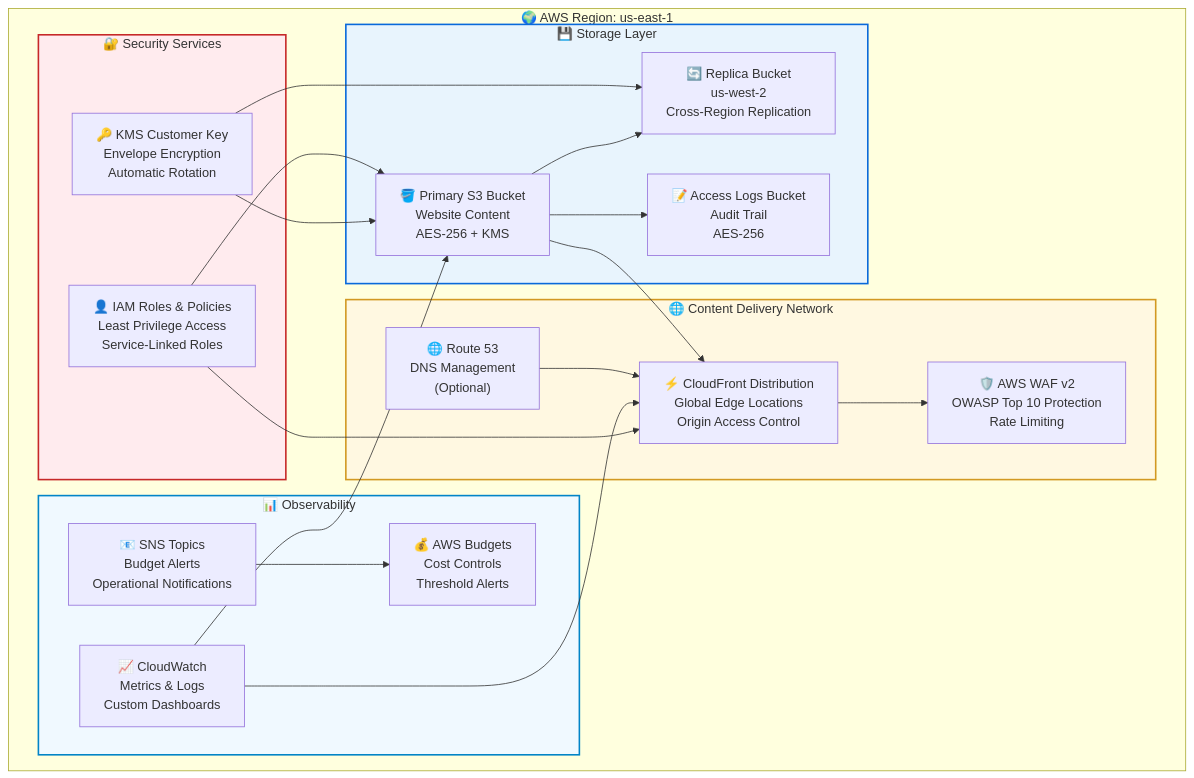
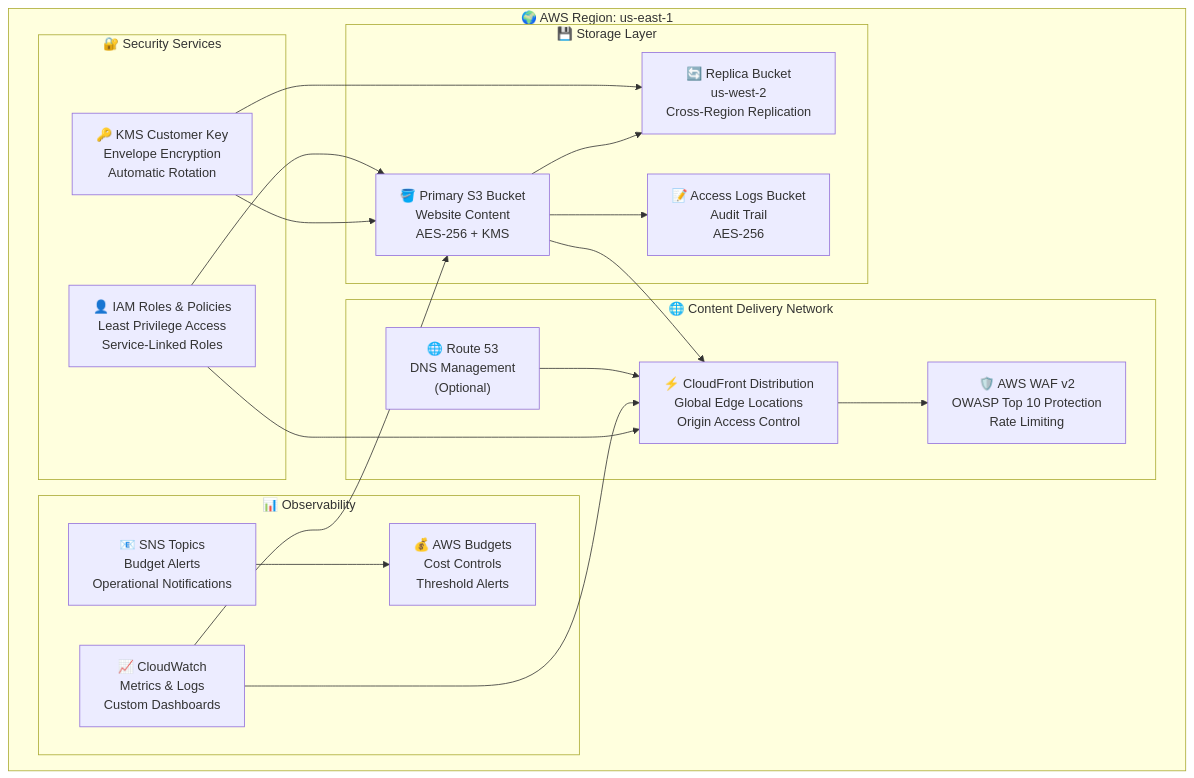
One commit to Celtikill/static-site changed the second of 8 diagrams in docs/architecture.md. Above: the diagram before and after it, drawn with Mermaid. The commit also changed other lines of this file and 5 other files, not shown here.

````diff
--- a/docs/architecture.md
+++ b/docs/architecture.md
@@ -76,50 +66,42 @@
 ```mermaid
 graph TD
     subgraph Region["🌍 AWS Region: us-east-1"]
         subgraph Storage["💾 Storage Layer"]
             S3Primary["🪣 Primary S3 Bucket<br/>Website Content<br/>AES-256 + KMS"]
             S3Logs["📝 Access Logs Bucket<br/>Audit Trail<br/>AES-256"]
             S3Replica["🔄 Replica Bucket<br/>us-west-2<br/>Cross-Region Replication"]
         end
 
         subgraph CDN["🌐 Content Delivery Network"]
             CF["⚡ CloudFront Distribution<br/>Global Edge Locations<br/>Origin Access Control"]
             WAF["🛡️ AWS WAF v2<br/>OWASP Top 10 Protection<br/>Rate Limiting"]
             Route53["🌐 Route 53<br/>DNS Management<br/>(Optional)"]
         end
 
         subgraph Security["🔐 Security Services"]
             KMS["🔑 KMS Customer Key<br/>Envelope Encryption<br/>Automatic Rotation"]
             IAM["👤 IAM Roles & Policies<br/>Least Privilege Access<br/>Service-Linked Roles"]
         end
 
         subgraph Monitoring["📊 Observability"]
             CW["📈 CloudWatch<br/>Metrics & Logs<br/>Custom Dashboards"]
             SNS["📧 SNS Topics<br/>Budget Alerts<br/>Operational Notifications"]
             Budget["💰 AWS Budgets<br/>Cost Controls<br/>Threshold Alerts"]
         end
     end
 
     S3Primary --> CF
     CF --> WAF
     S3Primary --> S3Replica
     S3Primary --> S3Logs
     KMS --> S3Primary
     KMS --> S3Replica
     IAM --> S3Primary
     IAM --> CF
     CW --> S3Primary
     CW --> CF
     SNS --> Budget
     Route53 --> CF
 
-    classDef storageStyle fill:#e8f4fd,stroke:#0969da,stroke-width:2px
-    classDef cdnStyle fill:#fff8e1,stroke:#d29922,stroke-width:2px
-    classDef securityStyle fill:#ffebee,stroke:#c62828,stroke-width:2px
-    classDef monitorStyle fill:#f0f9ff,stroke:#0284c7,stroke-width:2px
 
-    class Storage storageStyle
-    class CDN cdnStyle
-    class Security securityStyle
-    class Monitoring monitorStyle
 ```
````
